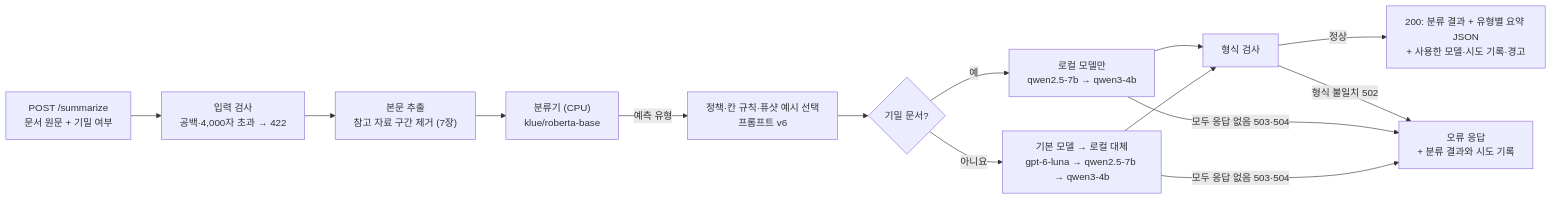
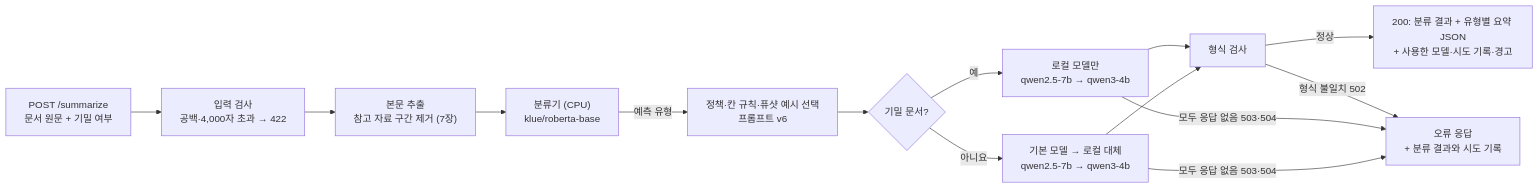
Before and after one commit to AI3526/doc-classifier-summarizer-chain: the diagram in reports/model_selection_report.md, drawn with Mermaid. The commit also changed other lines of this file and 7 other files, not shown here.

````diff
--- a/reports/model_selection_report.md
+++ b/reports/model_selection_report.md
@@ -288,16 +294,16 @@
 ```mermaid
 flowchart LR
     A["POST /summarize<br/>문서 원문 + 기밀 여부"] --> B["입력 검사<br/>공백·4,000자 초과 → 422"]
     B --> P["본문 추출<br/>참고 자료 구간 제거 (7장)"]
     P --> C["분류기 (CPU)<br/>klue/roberta-base"]
     C -->|예측 유형| D["정책·칸 규칙·퓨샷 예시 선택<br/>프롬프트 v6"]
     D --> R{"기밀 문서?"}
     R -->|예| L["로컬 모델만<br/>qwen2.5-7b → qwen3-4b"]
-    R -->|아니요| N["기본 모델 → 로컬 대체<br/>gpt-6-luna → qwen2.5-7b → qwen3-4b"]
+    R -->|아니요| N["기본 모델 → 로컬 대체<br/>qwen2.5-7b → qwen3-4b"]
     L --> F["형식 검사"]
     N --> F
     F -->|정상| G["200: 분류 결과 + 유형별 요약 JSON<br/>+ 사용한 모델·시도 기록·경고"]
     F -->|형식 불일치 502| H["오류 응답<br/>+ 분류 결과와 시도 기록"]
     L -->|모두 응답 없음 503·504| H
     N -->|모두 응답 없음 503·504| H
 ```
````
